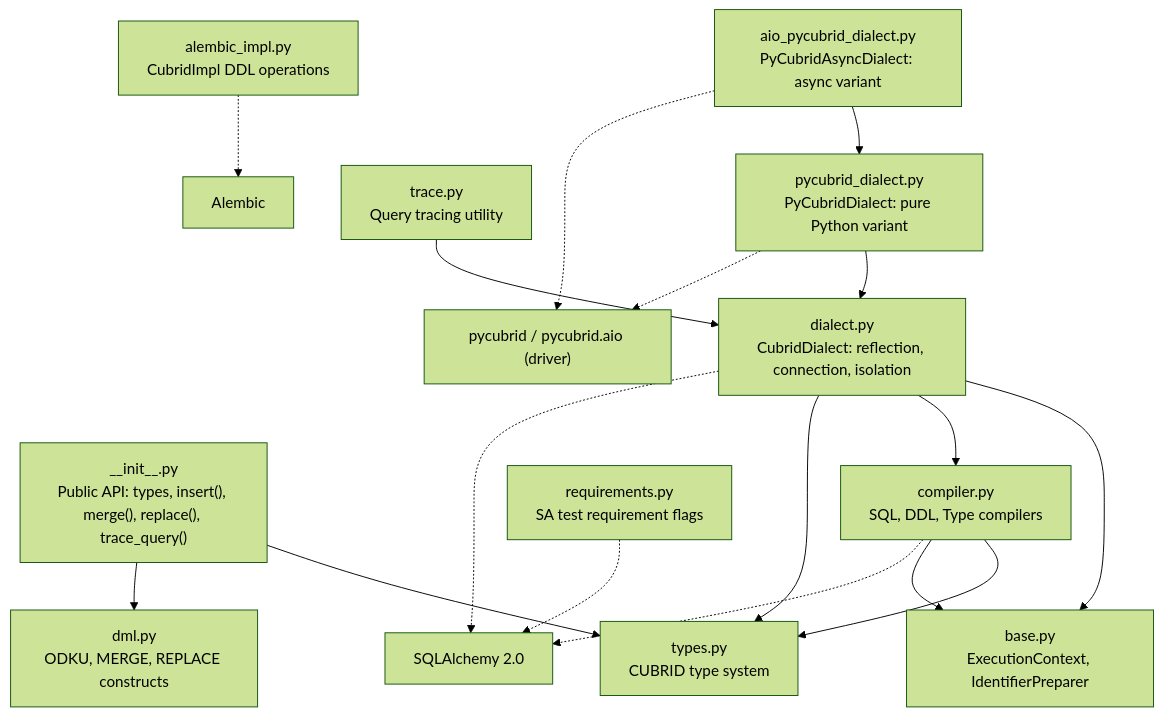
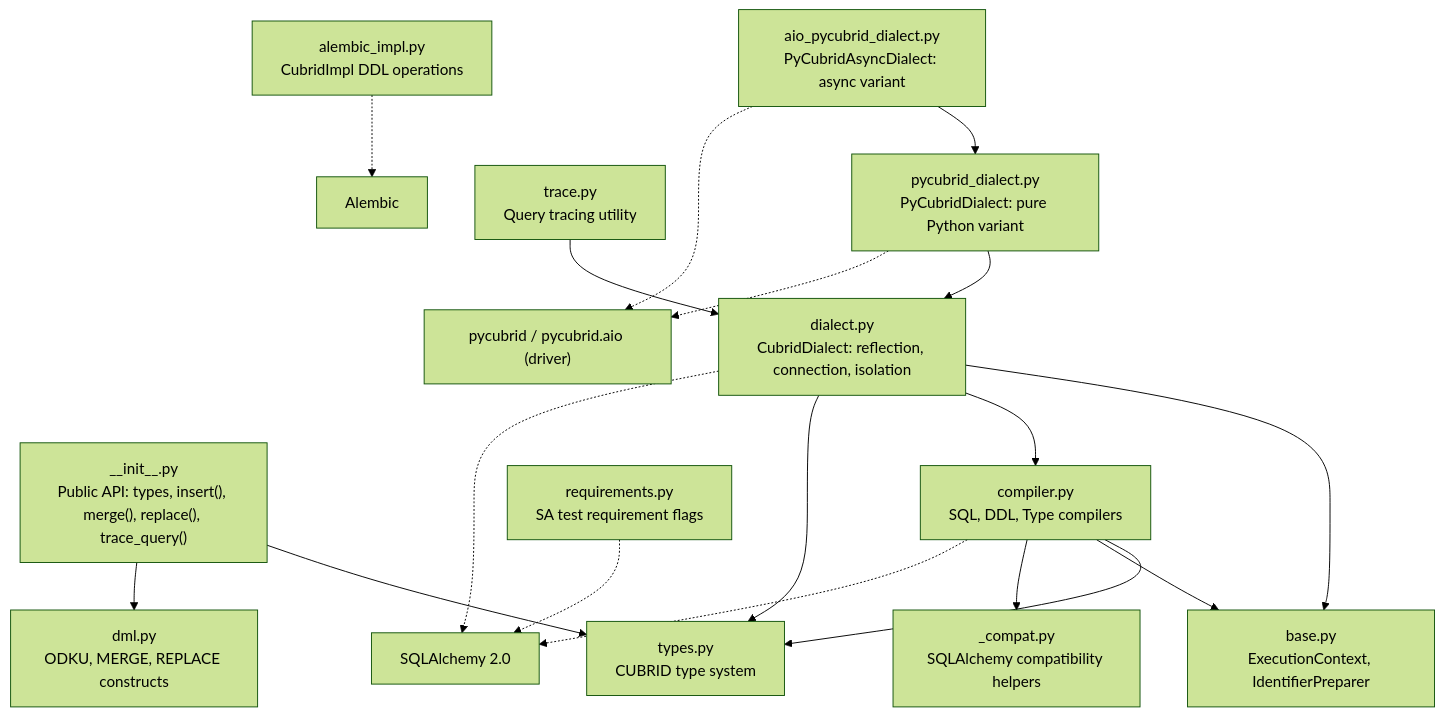
Before and after one commit to sqlalchemy-cubrid/sqlalchemy-cubrid: the fourth of 6 diagrams in docs/ARCHITECTURE.md, drawn with Mermaid (forest theme). The commit also changed other lines of this file and 7 other files, not shown here.

````diff
--- a/docs/ARCHITECTURE.md
+++ b/docs/ARCHITECTURE.md
@@ -124,37 +124,39 @@
 ```mermaid
 flowchart TD
     init["__init__.py<br/>Public API: types, insert(), merge(), replace(), trace_query()"]
     dialect["dialect.py<br/>CubridDialect: reflection, connection, isolation"]
     pycubrid_d["pycubrid_dialect.py<br/>PyCubridDialect: pure Python variant"]
     aio_pycubrid_d["aio_pycubrid_dialect.py<br/>PyCubridAsyncDialect: async variant"]
     compiler["compiler.py<br/>SQL, DDL, Type compilers"]
     base["base.py<br/>ExecutionContext, IdentifierPreparer"]
     dml["dml.py<br/>ODKU, MERGE, REPLACE constructs"]
+    compat["_compat.py<br/>SQLAlchemy compatibility helpers"]
     types["types.py<br/>CUBRID type system"]
     trace_mod["trace.py<br/>Query tracing utility"]
     req["requirements.py<br/>SA test requirement flags"]
     alembic_mod["alembic_impl.py<br/>CubridImpl DDL operations"]
     
     init --> types
     init --> dml
     dialect --> base
     dialect --> compiler
     dialect --> types
     pycubrid_d --> dialect
     aio_pycubrid_d --> pycubrid_d
     compiler --> types
     compiler --> base
+    compiler --> compat
     trace_mod --> dialect
     
     %% External dependencies
     sa["SQLAlchemy 2.0"]
     pycubrid_pkg["pycubrid / pycubrid.aio (driver)"]
     alembic_pkg["Alembic"]
     
     dialect -.-> sa
     pycubrid_d -.-> pycubrid_pkg
     aio_pycubrid_d -.-> pycubrid_pkg
     compiler -.-> sa
     alembic_mod -.-> alembic_pkg
     req -.-> sa
 ```
````
